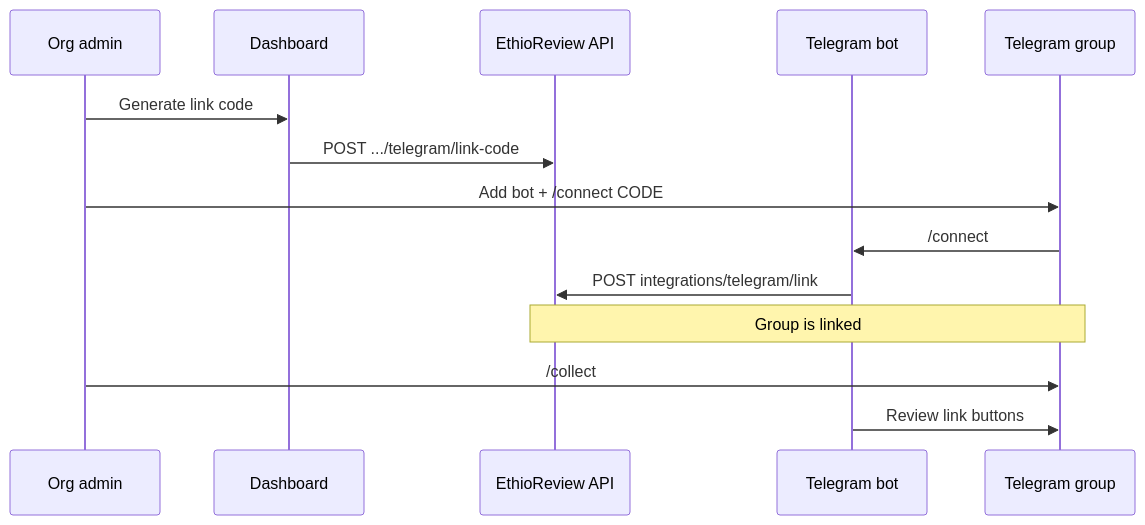
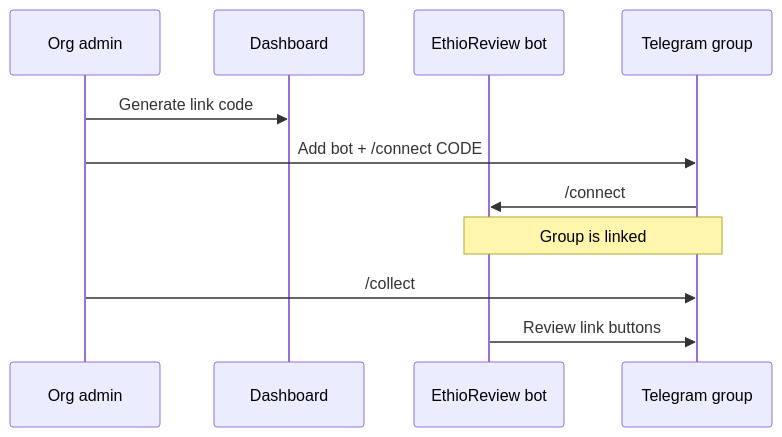
One commit to ethioreview/docs changed the diagram in integrations/telegram/overview.mdx. Above: the diagram before and after it, drawn with Mermaid. The commit also changed other lines of this file and 11 other files, not shown here.

````diff
--- a/integrations/telegram/overview.mdx
+++ b/integrations/telegram/overview.mdx
@@ -20,17 +22,14 @@
 ```mermaid
 sequenceDiagram
   participant Admin as Org admin
   participant Dash as Dashboard
-  participant API as EthioReview API
-  participant Bot as Telegram bot
+  participant Bot as EthioReview bot
   participant Group as Telegram group
 
   Admin->>Dash: Generate link code
-  Dash->>API: POST .../telegram/link-code
   Admin->>Group: Add bot + /connect CODE
   Group->>Bot: /connect
-  Bot->>API: POST integrations/telegram/link
-  Note over Group,API: Group is linked
+  Note over Group,Bot: Group is linked
   Admin->>Group: /collect
   Bot->>Group: Review link buttons
 ```
````
